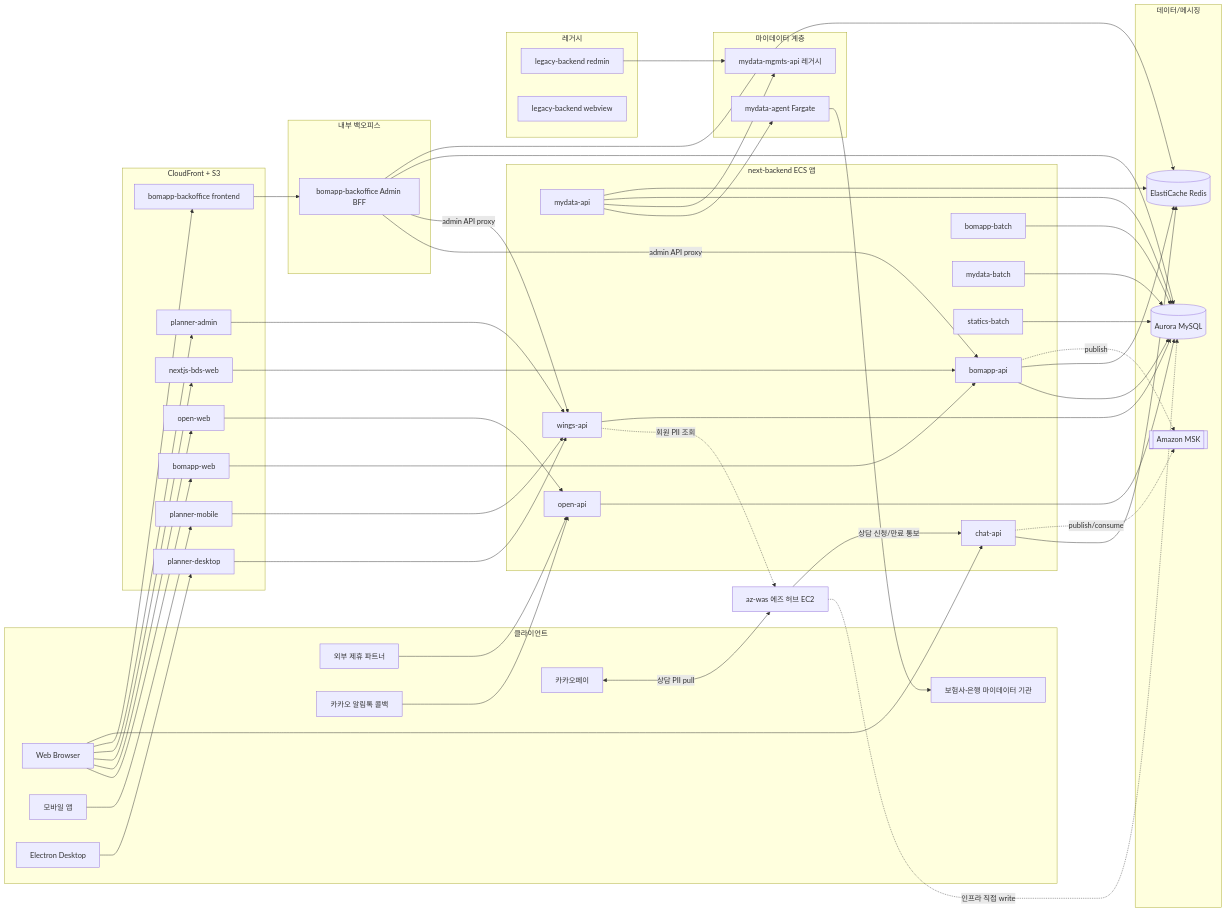
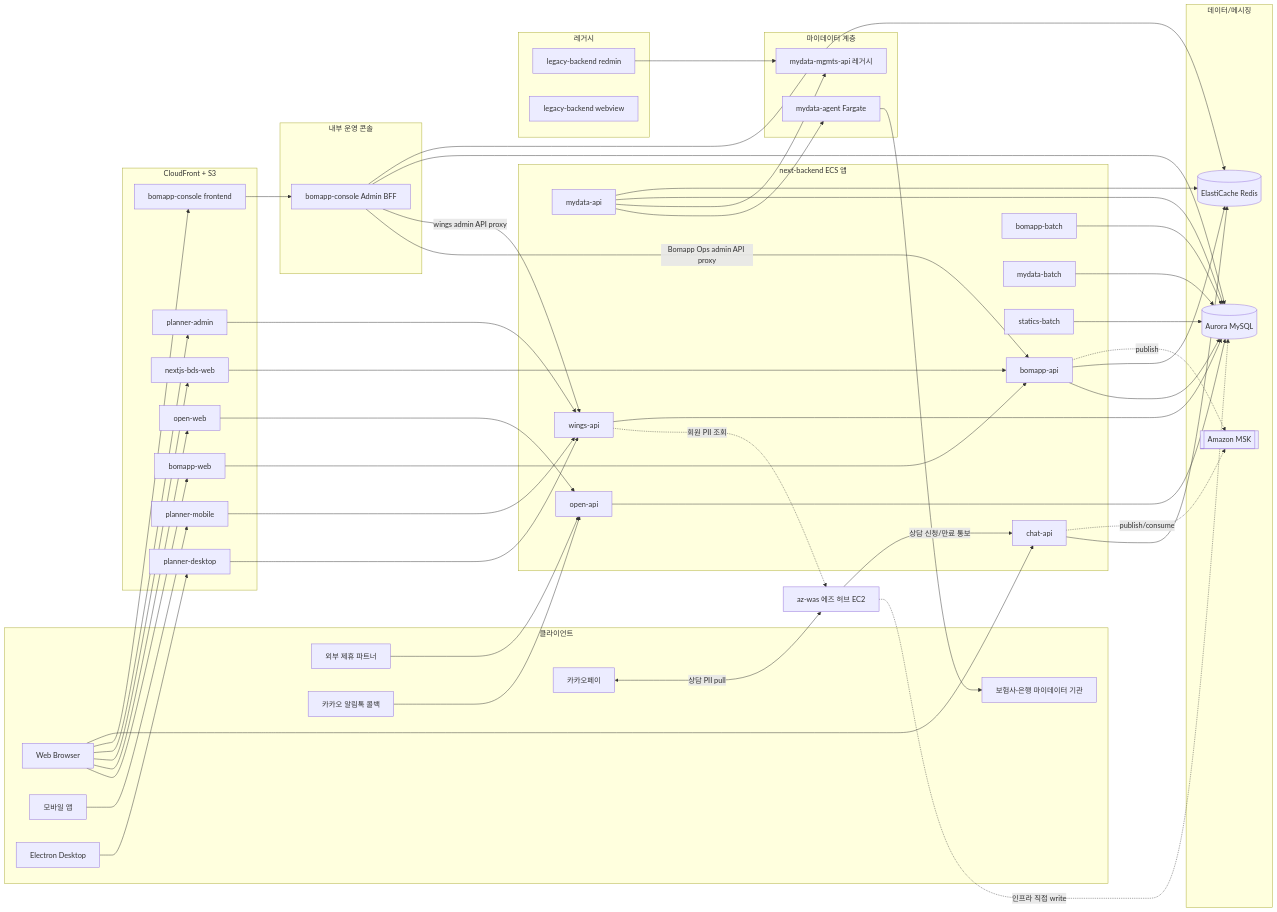
One commit to justin-fnx/overmind changed the diagram in docs/architecture.md. Above: the diagram before and after it, drawn with Mermaid. The commit also changed other lines of this file and 8 other files, not shown here.

Commit message:
BOM-221 Overmind Bomapp Console 계약 현행화

```diff
--- a/docs/architecture.md
+++ b/docs/architecture.md
@@ -169,7 +169,7 @@
     planner_mobile[planner-mobile]
     planner_desktop_app[planner-desktop]
     planner_admin[planner-admin]
-    backoffice_front[bomapp-backoffice frontend]
+    console_front[bomapp-console frontend]
   end
 
   subgraph NextBackend[next-backend ECS 앱]
@@ -193,8 +193,8 @@
     legacy_webview[legacy-backend webview]
   end
 
-  subgraph Backoffice[내부 백오피스]
-    backoffice_bff[bomapp-backoffice Admin BFF]
+  subgraph Console[내부 운영 콘솔]
+    console_bff[bomapp-console Admin BFF]
   end
 
   subgraph DataPlane[데이터/메시징]
@@ -209,7 +209,7 @@
   Mobile --> planner_mobile --> wings_api
   Desktop --> planner_desktop_app --> wings_api
   Browser --> planner_admin --> wings_api
-  Browser --> backoffice_front --> backoffice_bff
+  Browser --> console_front --> console_bff
   Browser --> chat_api
 
   Partners --> open_api
@@ -223,8 +223,8 @@
   mydata_api --> mydata_agent --> InsOrgs
   mydata_api --> legacy_mydata
   legacy_redmin --> legacy_mydata
-  backoffice_bff -->|admin API proxy| bomapp_api
-  backoffice_bff -->|admin API proxy| wings_api
+  console_bff -->|Bomapp Ops admin API proxy| bomapp_api
+  console_bff -->|wings admin API proxy| wings_api
 
   bomapp_api --> Aurora
   bomapp_api --> Redis
@@ -235,8 +235,8 @@
   mydata_api --> Redis
   open_api --> Aurora
   wings_api --> Aurora
-  backoffice_bff --> Aurora
-  backoffice_bff --> Redis
+  console_bff --> Aurora
+  console_bff --> Redis
 
   bomapp_batch --> Aurora
   mydata_batch --> Aurora
```
